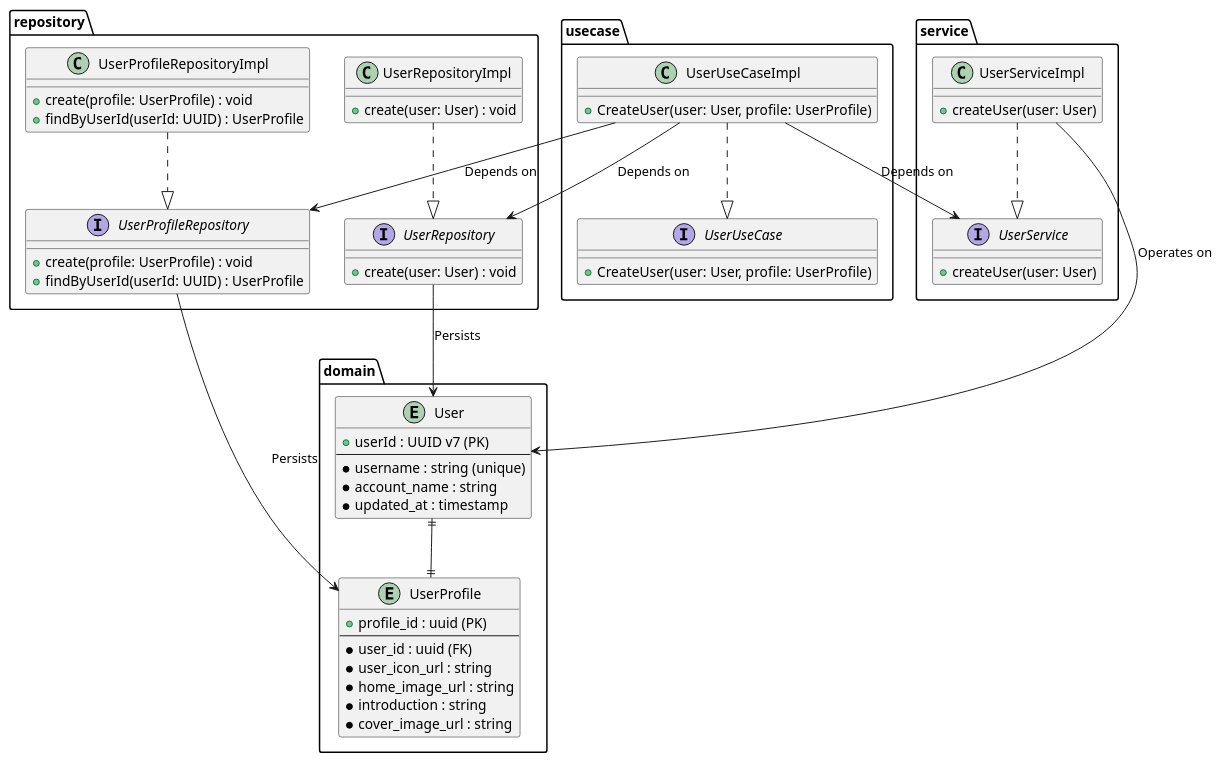
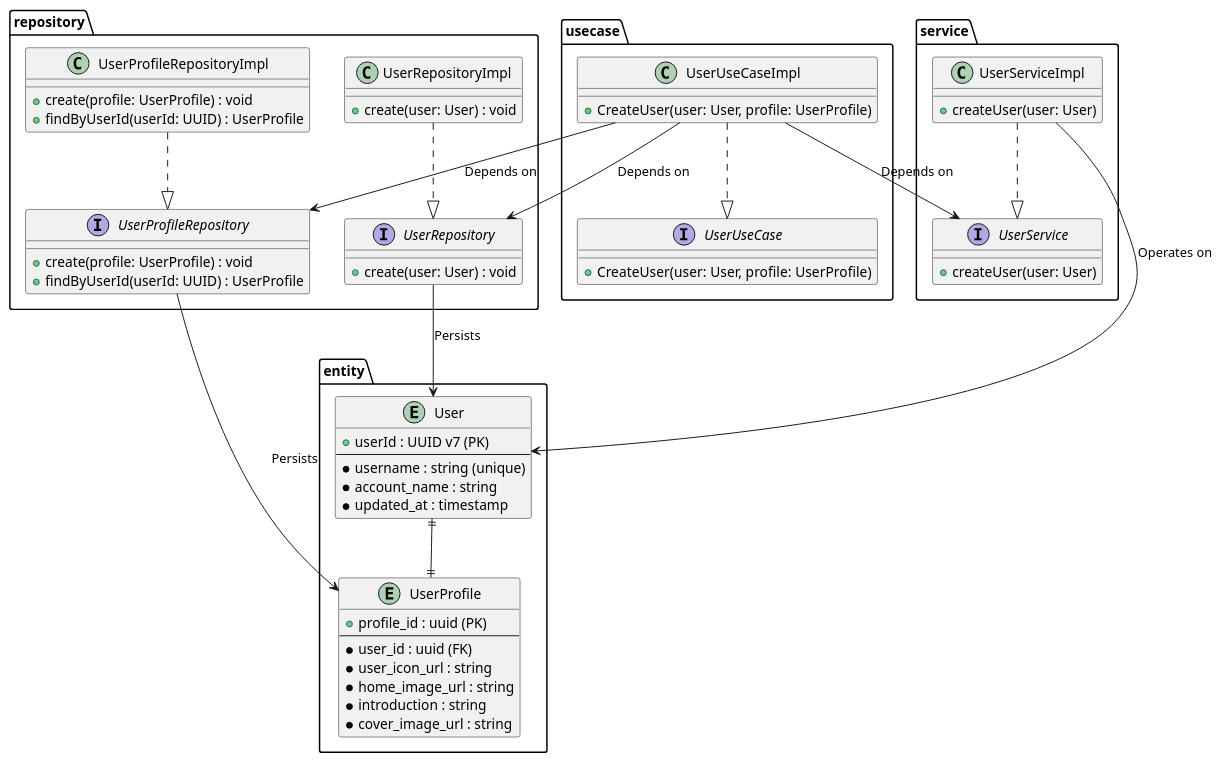
The diagram in go/services/users/docs/classDiagram.pu (POPOTINESU/GrowthSphere), drawn with PlantUML before and after one commit.

Commit message:
factor: Change package name

```diff
--- a/go/services/users/docs/classDiagram.pu
+++ b/go/services/users/docs/classDiagram.pu
@@ -1,77 +1,77 @@
 @startuml
-package domain {
+package entity {
     entity User {
         + userId : UUID v7 (PK)
         --
         * username : string (unique)
         * account_name : string
         * updated_at : timestamp
     }
 
     entity UserProfile {
         + profile_id : uuid (PK)
         --
         * user_id : uuid (FK)
         * user_icon_url : string
         * home_image_url : string
         * introduction : string
         * cover_image_url : string
     }
 
     User ||--|| UserProfile
 }
 
 package usecase {
     interface UserUseCase {
         + CreateUser(user: User, profile: UserProfile)
     }
 
     class UserUseCaseImpl {
         + CreateUser(user: User, profile: UserProfile)
     }
 }
 
 package service {
     interface UserService {
         + createUser(user: User)
     }
 
     class UserServiceImpl {
         + createUser(user: User)
     }
 }
 
 package repository {
     interface UserRepository {
         + create(user: User) : void
     }
 
     interface UserProfileRepository {
         + create(profile: UserProfile) : void
         + findByUserId(userId: UUID) : UserProfile
     }
 
     class UserRepositoryImpl {
         + create(user: User) : void
     }
 
     class UserProfileRepositoryImpl {
         + create(profile: UserProfile) : void
         + findByUserId(userId: UUID) : UserProfile
     }
 }
 
 UserUseCaseImpl ..|> UserUseCase
 UserUseCaseImpl --> UserService : Depends on
 UserUseCaseImpl --> UserRepository : Depends on
 UserUseCaseImpl --> UserProfileRepository : Depends on
 
 UserServiceImpl ..|> UserService
 UserServiceImpl --> User : Operates on
 
 UserRepositoryImpl ..|> UserRepository
 UserProfileRepositoryImpl ..|> UserProfileRepository
 
 UserRepository --> User : Persists
 UserProfileRepository --> UserProfile : Persists
 @enduml
```
